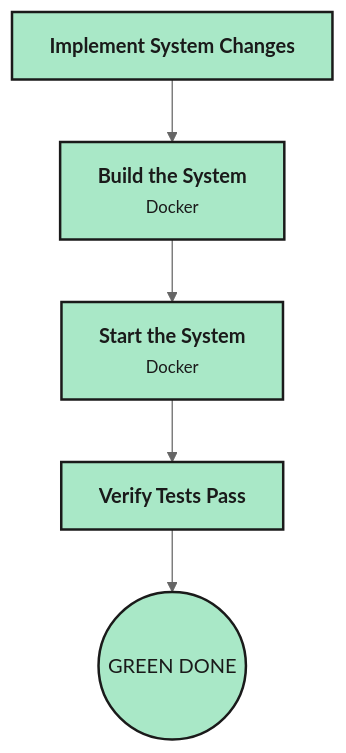
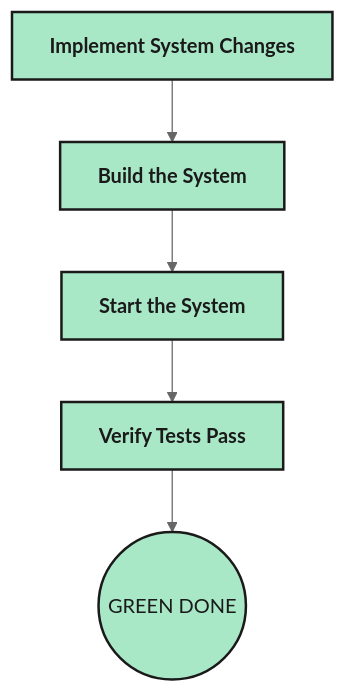
One commit to optivem/gh-optivem changed the second of 3 diagrams in README.md. Above: the diagram before and after it, drawn with Mermaid (neutral theme). The commit also changed other lines of this file, not shown here.

Commit message:
docs: remove Docker mention from GREEN diagram, link full BPMN doc

````diff
--- a/README.md
+++ b/README.md
@@ -100,13 +100,13 @@
 ```mermaid
 flowchart TD
     A["<b>Implement System Changes</b>"]
-    B["<b>Build the System</b><br/><small>Docker</small>"]
-    C["<b>Start the System</b><br/><small>Docker</small>"]
+    B["<b>Build the System</b>"]
+    C["<b>Start the System</b>"]
     D["<b>Verify Tests Pass</b>"]
     Z(("GREEN DONE"))
 
     A --> B --> C --> D --> Z
 
     classDef step fill:#A9E8C7,stroke:#1a1a1a,stroke-width:2px,color:#1a1a1a
     class A,B,C,D,Z step
 ```
````
